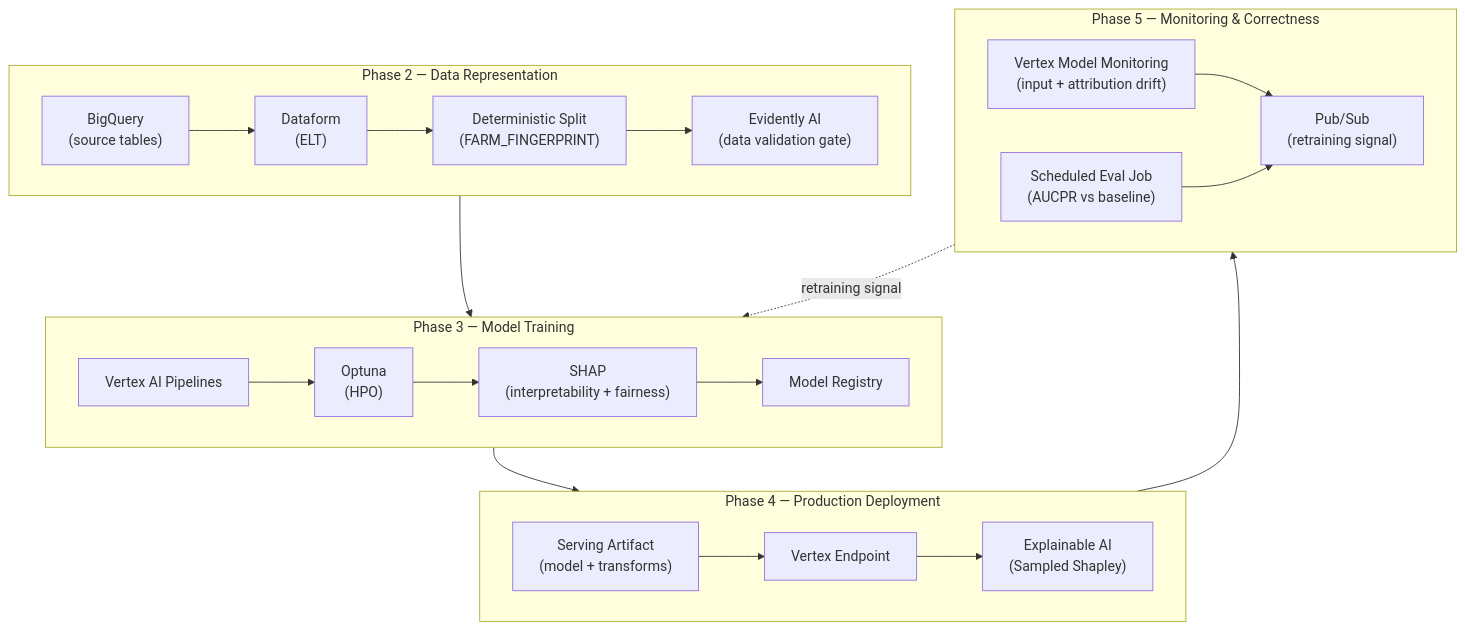
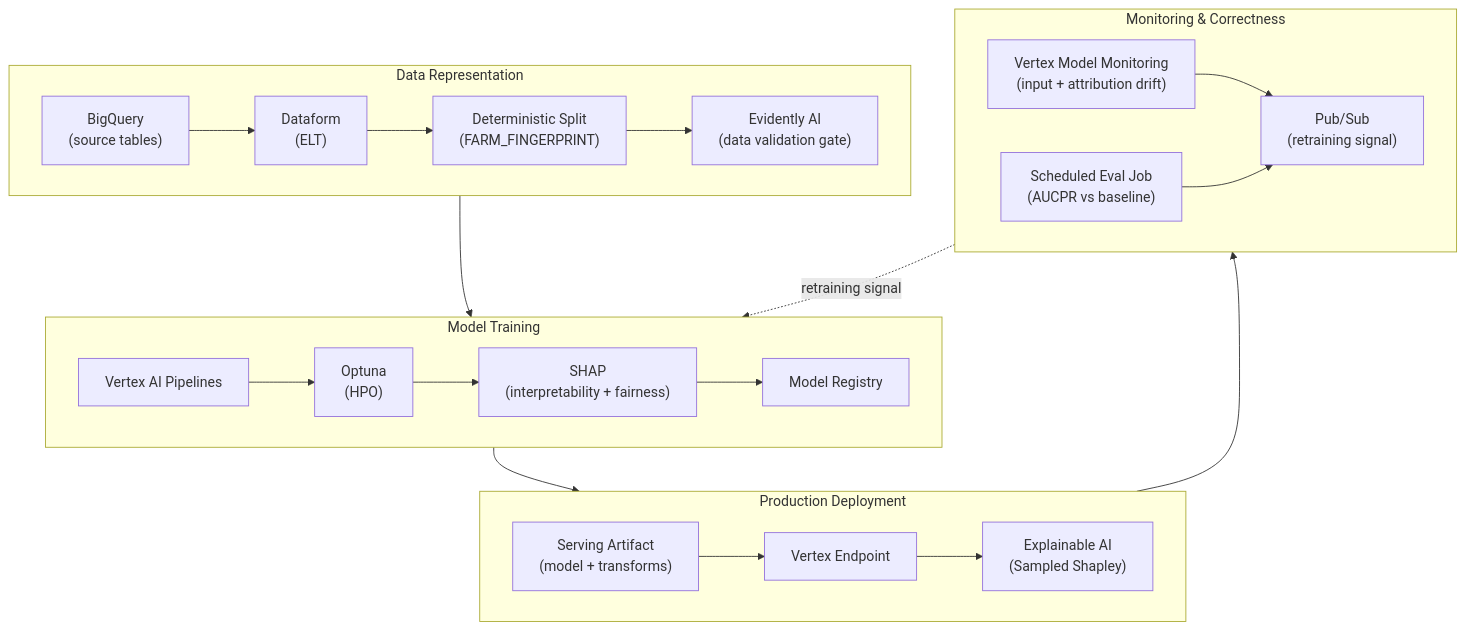
One commit to DanHerman212/enterprise_clinical_copilot changed the diagram in projects/mlops/docs/architecture.md. Above: the diagram before and after it, drawn with Mermaid.

Commit message:
updated mlops architecture

````diff
--- a/projects/mlops/docs/architecture.md
+++ b/projects/mlops/docs/architecture.md
@@ -7,42 +7,42 @@
 ```mermaid
 flowchart TB
-    subgraph P2["Phase 2 — Data Representation"]
+    subgraph P2["Data Representation"]
         direction LR
         BQ["BigQuery<br/>(source tables)"]
         DF["Dataform<br/>(ELT)"]
         SPLIT["Deterministic Split<br/>(FARM_FINGERPRINT)"]
         EV["Evidently AI<br/>(data validation gate)"]
         BQ --> DF --> SPLIT --> EV
     end
 
-    subgraph P3["Phase 3 — Model Training"]
+    subgraph P3["Model Training"]
         direction LR
         PIPE["Vertex AI Pipelines"]
         HPO["Optuna<br/>(HPO)"]
         SHAP["SHAP<br/>(interpretability + fairness)"]
         REG["Model Registry"]
         PIPE --> HPO --> SHAP --> REG
     end
 
-    subgraph P4["Phase 4 — Production Deployment"]
+    subgraph P4["Production Deployment"]
         direction LR
         ART["Serving Artifact<br/>(model + transforms)"]
         EP["Vertex Endpoint"]
         XAI["Explainable AI<br/>(Sampled Shapley)"]
         ART --> EP --> XAI
     end
 
-    subgraph P5["Phase 5 — Monitoring & Correctness"]
+    subgraph P5["Monitoring & Correctness"]
         direction LR
         MON["Vertex Model Monitoring<br/>(input + attribution drift)"]
         EVAL["Scheduled Eval Job<br/>(AUCPR vs baseline)"]
         PS["Pub/Sub<br/>(retraining signal)"]
         MON --> PS
         EVAL --> PS
     end
 
     P2 --> P3
     P3 --> P4
     P4 --> P5
     P5 -.retraining signal.-> P3
 ```
````
